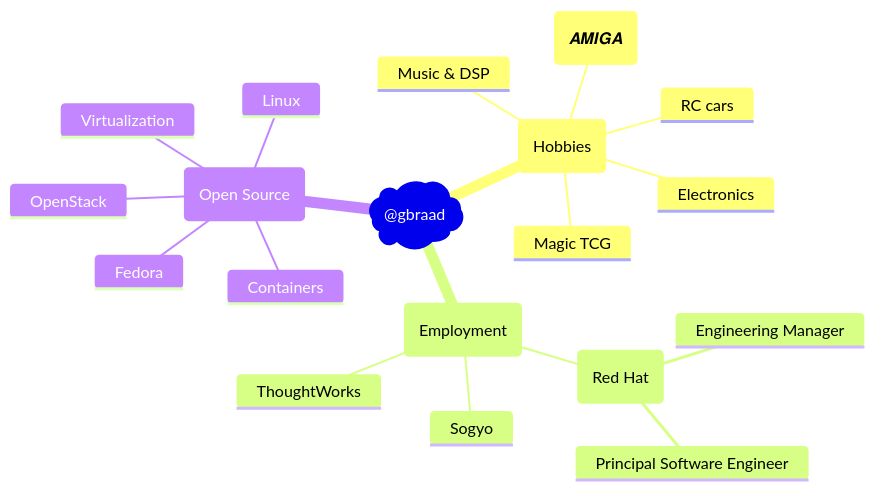
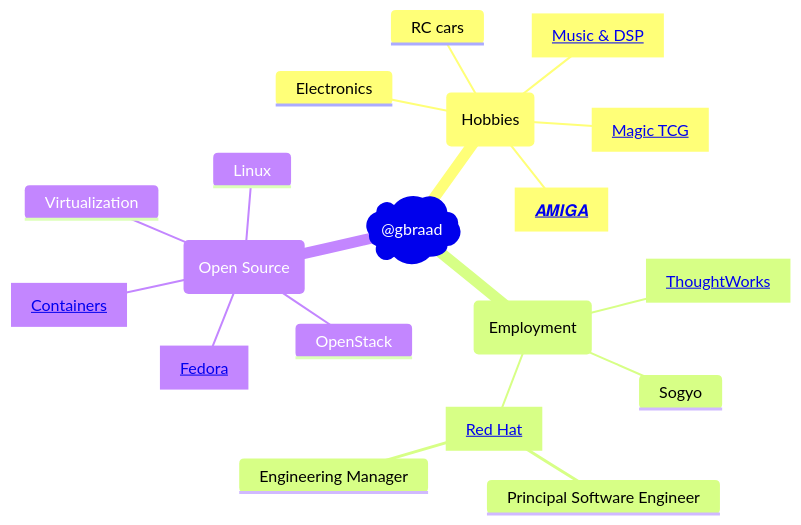
Before and after one commit to gbraad/gbraad: the diagram in README.md, drawn with Mermaid.

````diff
--- a/README.md
+++ b/README.md
@@ -34,22 +34,22 @@
 ```mermaid
 mindmap
    root)@gbraad(
       (Hobbies)
-         (𝑨𝑴𝑰𝑮𝑨)
-         Music & DSP
+         ["`<a href='https://en.wikipedia.org/wiki/Amiga'>𝑨𝑴𝑰𝑮𝑨</a>`"]
+         ["`<a href='https://github.com/gbraad-music/'>Music & DSP</a>`"]
          Electronics
          RC cars
-         Magic TCG
+         ["`<a href='https://github.com/gbraad-gaming/'>Magic TCG</a>`"]
       (Employment)
          Sogyo
-         ThoughtWorks
-         (Red Hat)
+         ["`<a href='https://github.com/gbraad-thoughtworks/'>ThoughtWorks</a>`"]
+         ["`<a href='https://github.com/gbraad-redhat/'>Red Hat</a>`"]
             Principal Software Engineer
             Engineering Manager
       (Open Source)
          Linux
-         Fedora
+         ["`<a href='https://github.com/gbraad-fedora/'>Fedora</a>`"]
          OpenStack
-         Containers
+         ["`<a href='https://github.com/gbraad-containers/'>Containers</a>`"]
          Virtualization
 ```
````
